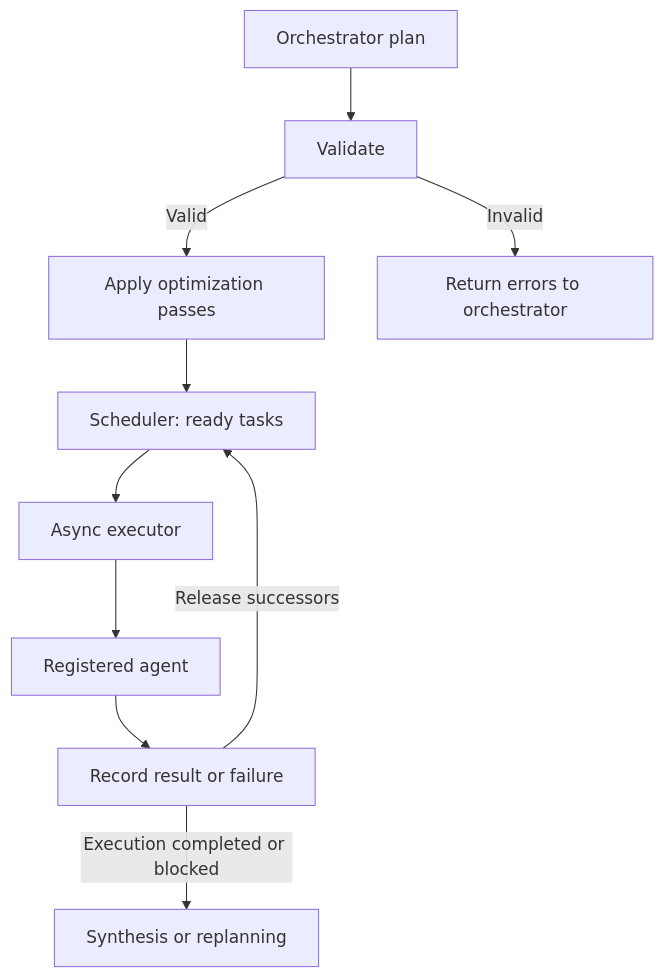
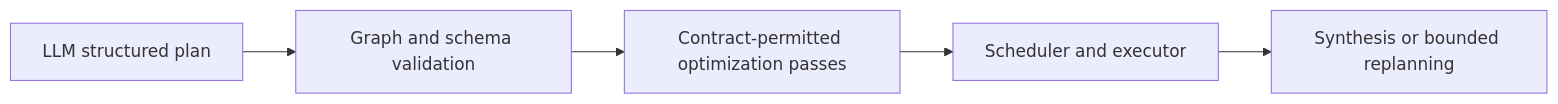
One commit to joaomadruga/AgentCompiler changed the sixth of 13 diagrams in README.md. Above: the diagram before and after it, drawn with Mermaid. The commit also changed other lines of this file and 8 other files, not shown here.

````diff
--- a/README.md
+++ b/README.md
@@ -66,12 +114,7 @@
 ```mermaid
-flowchart TD
-    P[Orchestrator plan] --> V[Validate]
-    V -->|Valid| OPT[Apply optimization passes]
-    V -->|Invalid| ERR[Return errors to orchestrator]
-    OPT --> Q[Scheduler: ready tasks]
-    Q --> E[Async executor]
-    E --> A[Registered agent]
-    A --> M[Record result or failure]
-    M -->|Release successors| Q
-    M -->|Execution completed or blocked| S[Synthesis or replanning]
+flowchart LR
+    O[LLM structured plan] --> V[Graph and schema validation]
+    V --> P[Contract-permitted optimization passes]
+    P --> S[Scheduler and executor]
+    S --> F[Synthesis or bounded replanning]
 ```
````
